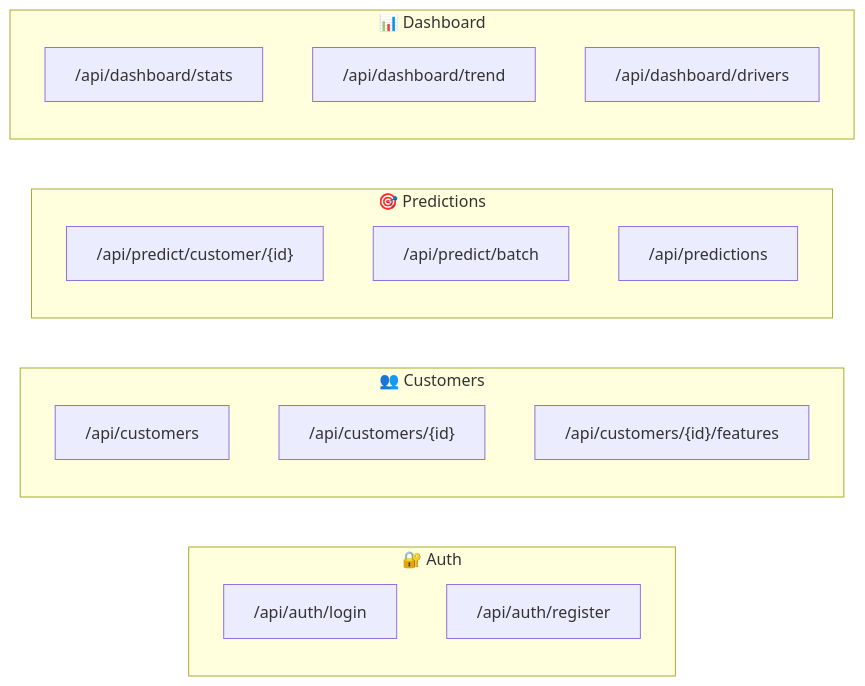
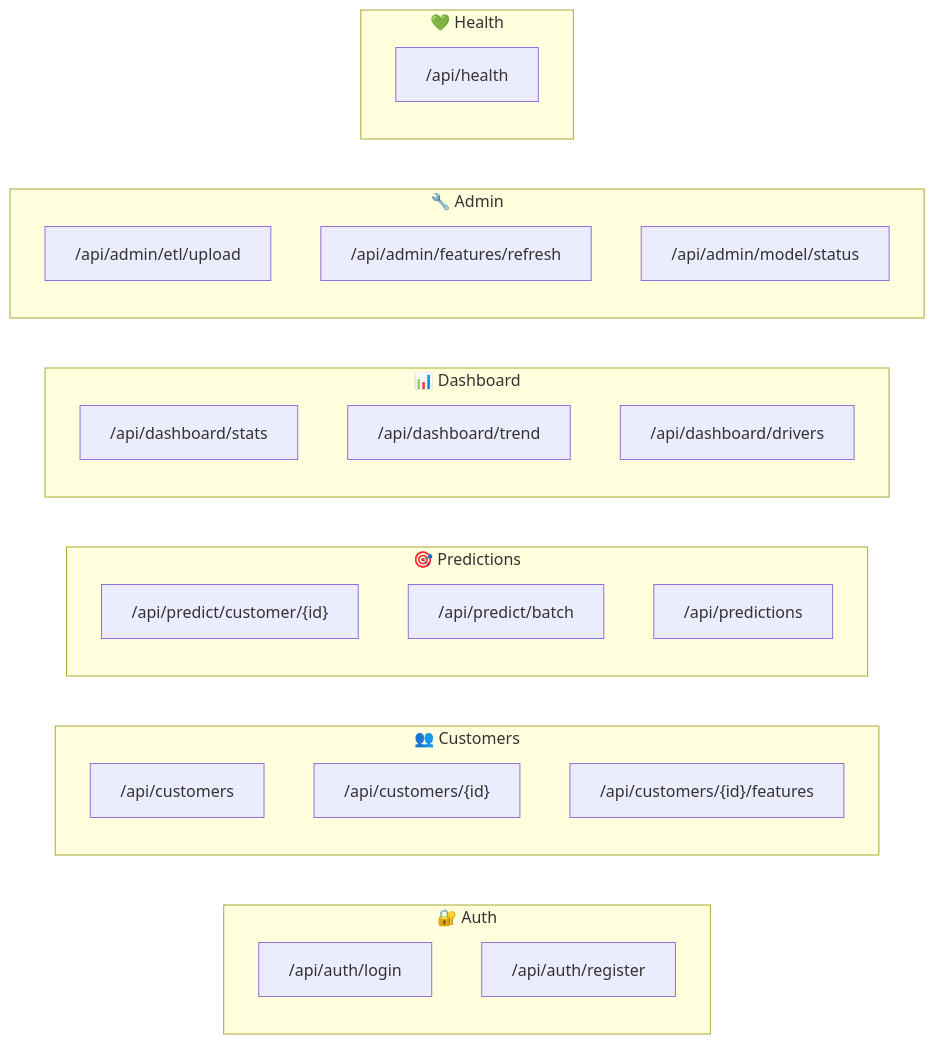
One commit to adamsafril19/Customer-Analitycs--Mamina- changed diagram 14 of 15 in DOKUMENTASI_SISTEM.md. Above: the diagram before and after it, drawn with Mermaid. The commit also changed other lines of this file and 21 other files, not shown here.

````diff
--- a/DOKUMENTASI_SISTEM.md
+++ b/DOKUMENTASI_SISTEM.md
@@ -641,25 +945,35 @@
 ```mermaid
 flowchart LR
     subgraph AUTH["🔐 Auth"]
         A1["/api/auth/login"]
         A2["/api/auth/register"]
     end
 
     subgraph CUSTOMERS["👥 Customers"]
         C1["/api/customers"]
         C2["/api/customers/{id}"]
         C3["/api/customers/{id}/features"]
     end
 
     subgraph PREDICTIONS["🎯 Predictions"]
         P1["/api/predict/customer/{id}"]
         P2["/api/predict/batch"]
         P3["/api/predictions"]
     end
 
     subgraph DASHBOARD["📊 Dashboard"]
         D1["/api/dashboard/stats"]
         D2["/api/dashboard/trend"]
         D3["/api/dashboard/drivers"]
     end
+
+    subgraph ADMIN["🔧 Admin"]
+        AD1["/api/admin/etl/upload"]
+        AD2["/api/admin/features/refresh"]
+        AD3["/api/admin/model/status"]
+    end
+
+    subgraph HEALTH["💚 Health"]
+        H1["/api/health"]
+    end
 ```
````
